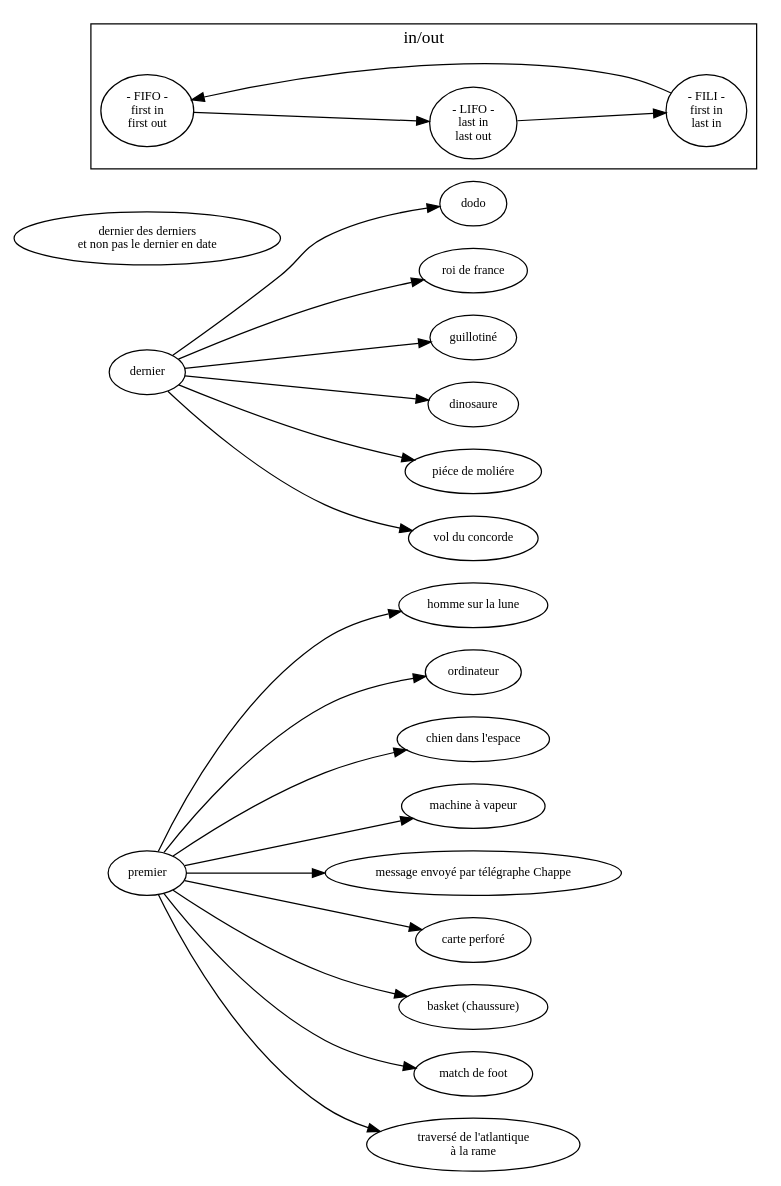
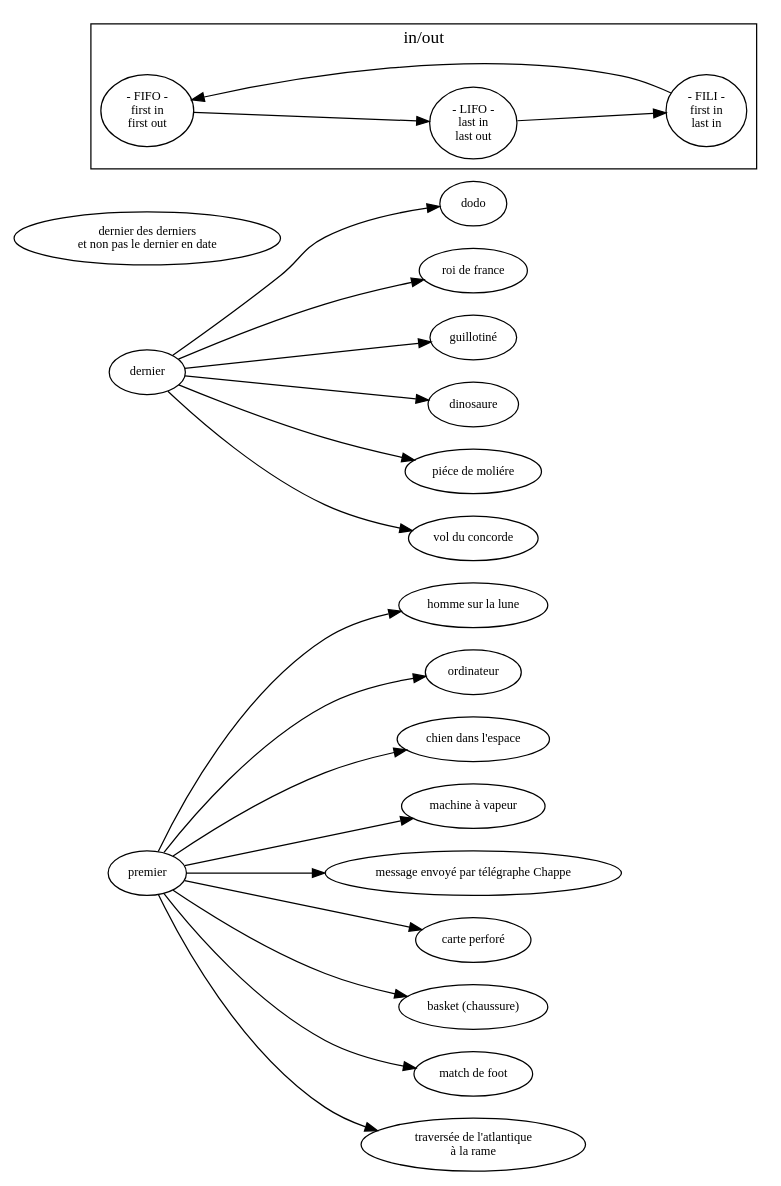
The diagram in sujet.dot (ensad-nancy/first-last), drawn with Graphviz before and after one commit.

Commit message:
+	first -> "traversée de l'atlantique\nà la rame"

```diff
--- a/sujet.dot
+++ b/sujet.dot
@@ -1,42 +1,42 @@
 digraph {
 
 	fontname="myriadpro"
 	fontsize = 14
 	rankdir="LR"
 	node [fontname="myriadpro", fontsize = 10]
 	edge [fontname="monaco", fontsize = 9]
 	
 	first [label="premier"]
 	last [label="dernier"]
 	
 	"dernier des derniers\n et non pas le dernier en date" 
 
 	first -> "homme sur la lune"
 	first -> "ordinateur"
 	first -> "chien dans l'espace"
 	first -> "machine à vapeur"
 	first -> "message envoyé par télégraphe Chappe"
 	first -> "carte perforé"
 	first -> "basket (chaussure)"
 	first -> "match de foot"
-	first -> "traversé de l'atlantique\nà la rame"
+	first -> "traversée de l'atlantique\nà la rame"
 	
 	last -> dodo
 	last -> "roi de france"
 	last -> "guillotiné"
 	last -> "dinosaure"
 	last -> "piéce de moliére"
 	last -> "vol du concorde"
 
 	subgraph cluster_FO{
 	
 		label="in/out"
 		
 		FIFO [label="- FIFO -\nfirst in\nfirst out"]
 		LIFO [label="- LIFO -\nlast in\nlast out"]
 		FILI [label="- FILI -\nfirst in\n last in"]
 
 		FILI -> FIFO -> LIFO -> FILI
 	}
 	
 }
```
